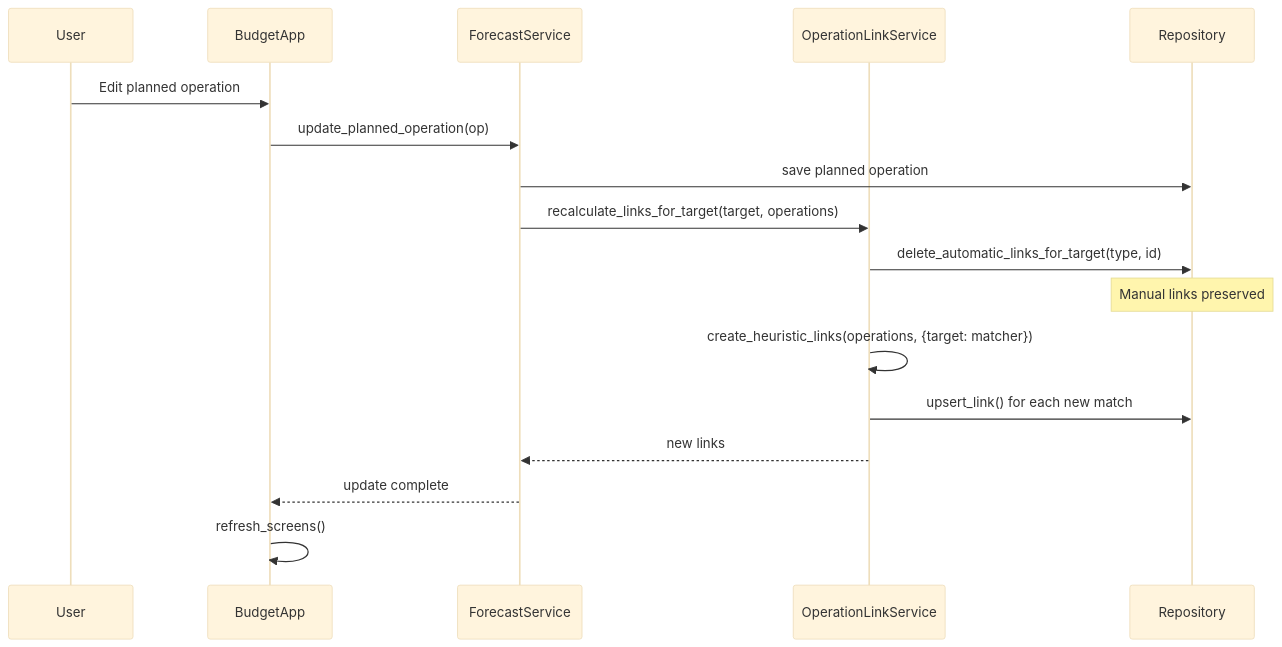
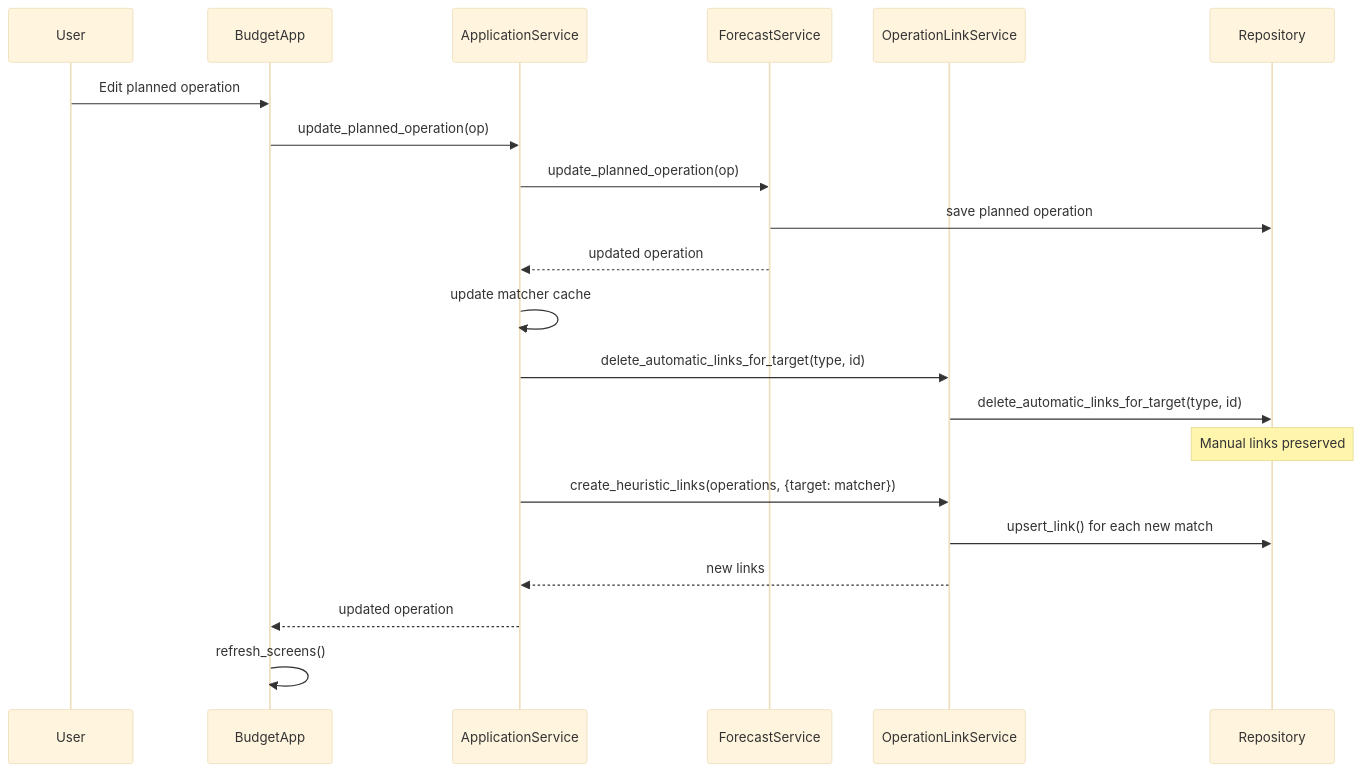
One commit to corentin-core/budget-forecaster changed the sixth of 8 diagrams in docs/dev/operation-links.md. Above: the diagram before and after it, drawn with Mermaid (base theme). The commit also changed other lines of this file and 30 other files, not shown here.

First line of the commit message:
feat: introduce ApplicationService as central orchestrator (#71) (#89)

````diff
--- a/docs/dev/operation-links.md
+++ b/docs/dev/operation-links.md
@@ -330,23 +392,27 @@
 ```mermaid
 sequenceDiagram
     participant User
     participant TUI as BudgetApp
+    participant AS as ApplicationService
     participant FS as ForecastService
     participant OLS as OperationLinkService
     participant Repo as Repository
 
     User->>TUI: Edit planned operation
-    TUI->>FS: update_planned_operation(op)
+    TUI->>AS: update_planned_operation(op)
+    AS->>FS: update_planned_operation(op)
     FS->>Repo: save planned operation
+    FS-->>AS: updated operation
 
-    FS->>OLS: recalculate_links_for_target(target, operations)
+    AS->>AS: update matcher cache
+    AS->>OLS: delete_automatic_links_for_target(type, id)
     OLS->>Repo: delete_automatic_links_for_target(type, id)
     Note over Repo: Manual links preserved
 
-    OLS->>OLS: create_heuristic_links(operations, {target: matcher})
+    AS->>OLS: create_heuristic_links(operations, {target: matcher})
     OLS->>Repo: upsert_link() for each new match
 
-    OLS-->>FS: new links
-    FS-->>TUI: update complete
+    OLS-->>AS: new links
+    AS-->>TUI: updated operation
     TUI->>TUI: refresh_screens()
 ```
````
